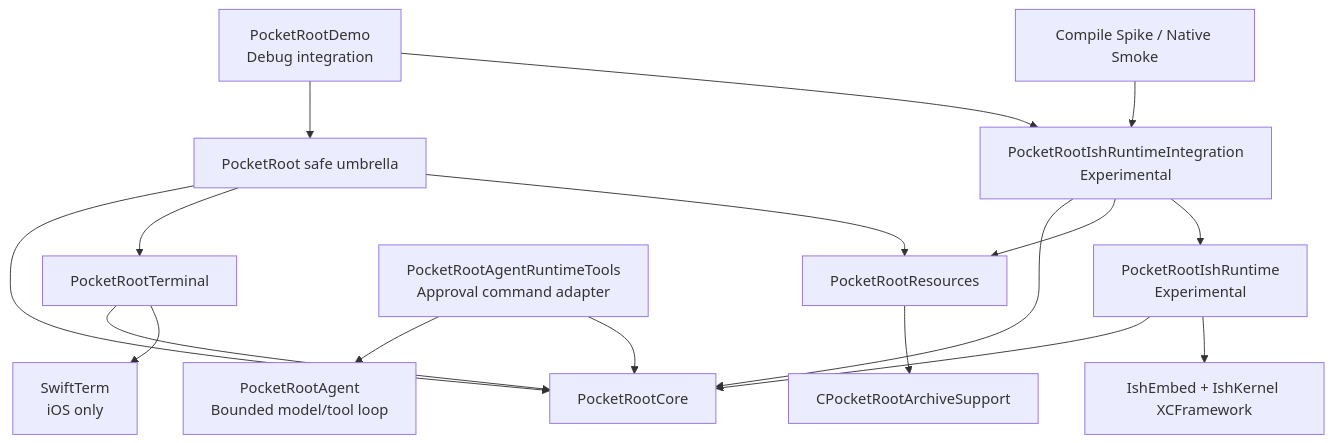
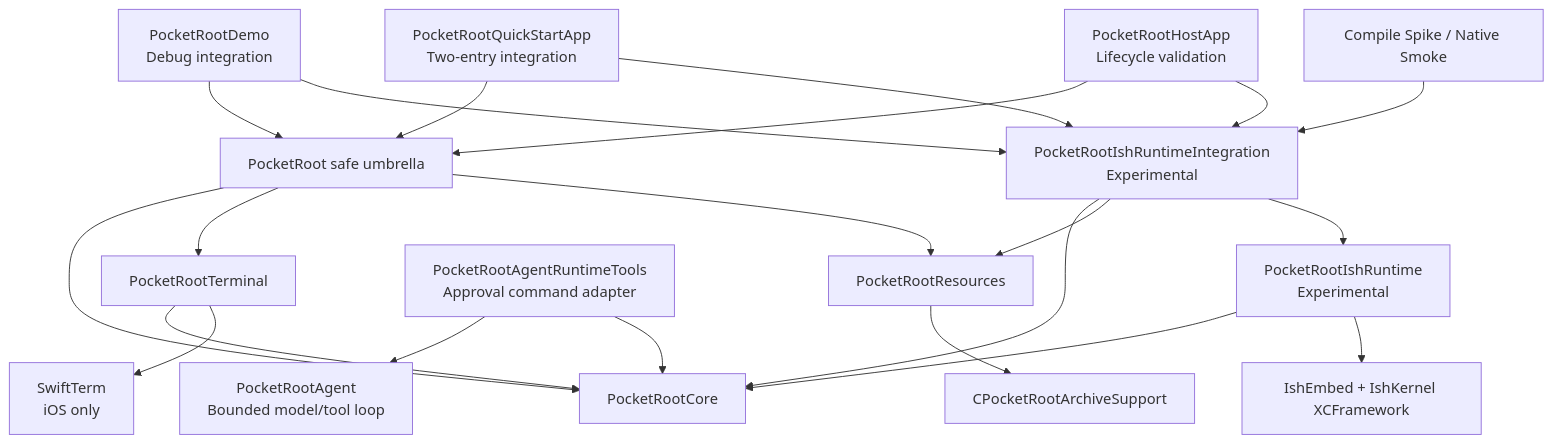
Before and after one commit to jacklv-coder/PocketRoot: the first of 3 diagrams in Docs/en/Architecture.md, drawn with Mermaid. The commit also changed other lines of this file and 27 other files, not shown here.

````diff
--- a/Docs/en/Architecture.md
+++ b/Docs/en/Architecture.md
@@ -26,20 +26,24 @@
 ```mermaid
 flowchart TB
     Demo["PocketRootDemo<br/>Debug integration"] --> Umbrella["PocketRoot safe umbrella"]
     Demo --> Integration
+    QuickStart["PocketRootQuickStartApp<br/>Two-entry integration"] --> Umbrella
+    QuickStart --> Integration
+    HostApp["PocketRootHostApp<br/>Lifecycle validation"] --> Umbrella
+    HostApp --> Integration
     Umbrella --> Core["PocketRootCore"]
     Umbrella --> Terminal["PocketRootTerminal"]
     Umbrella --> Resources["PocketRootResources"]
     Terminal --> Core
     Terminal --> SwiftTerm["SwiftTerm<br/>iOS only"]
     Resources --> Archive["CPocketRootArchiveSupport"]
     Agent["PocketRootAgent<br/>Bounded model/tool loop"]
     AgentTools["PocketRootAgentRuntimeTools<br/>Approval command adapter"] --> Agent
     AgentTools --> Core
     Integration["PocketRootIshRuntimeIntegration<br/>Experimental"] --> Core
     Integration --> Resources
     Integration --> Runtime["PocketRootIshRuntime<br/>Experimental"]
     Runtime --> Core
     Runtime --> IshEmbed["IshEmbed + IshKernel XCFramework"]
     Smoke["Compile Spike / Native Smoke"] --> Integration
 ```
````
